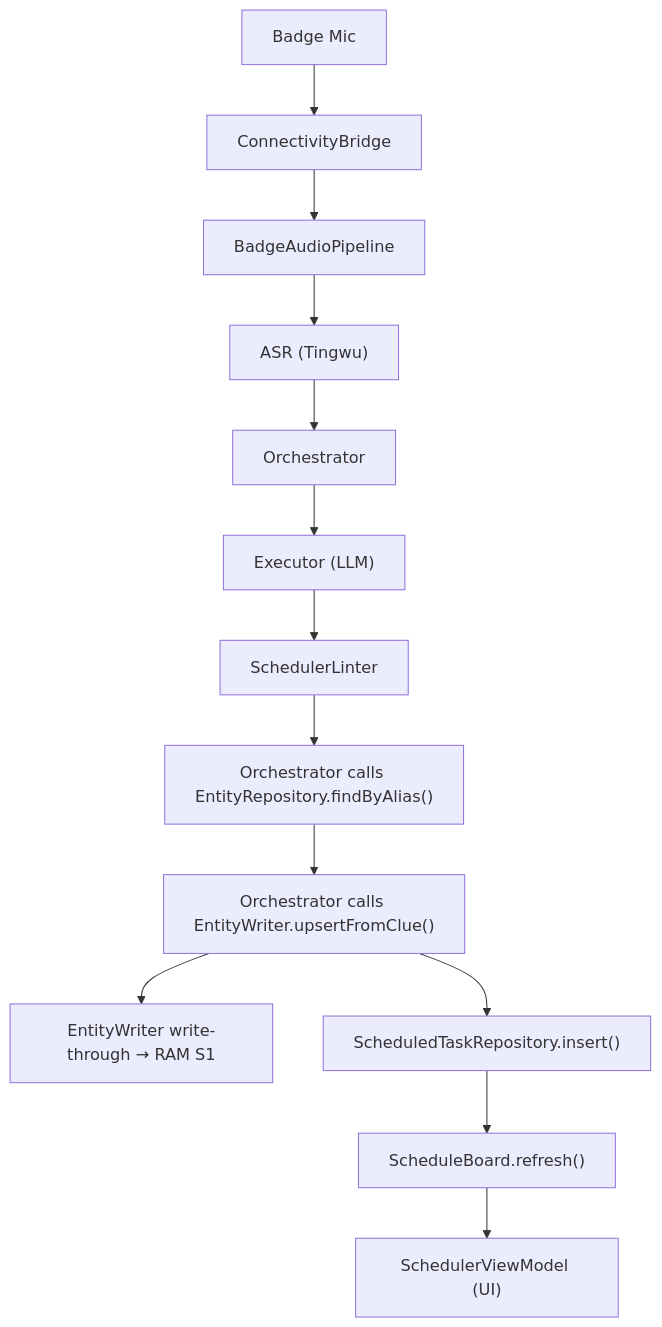
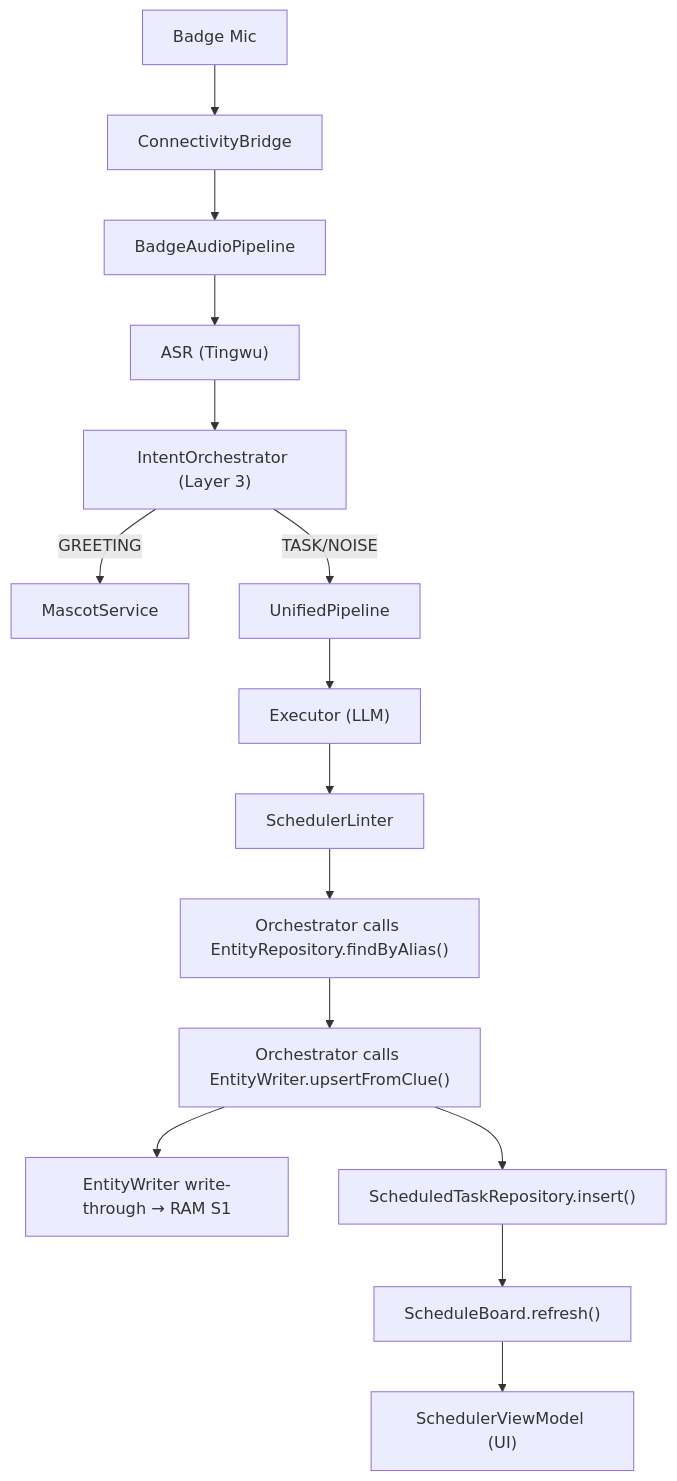
The diagram in docs/cerb/interface-map.md (esir-nus/smart-sales-main), drawn with Mermaid before and after one commit. The commit also changed other lines of this file and 9 other files, not shown here.

Commit message:
docs: sync intent orchestrator architecture and rename proposal

````diff
--- a/docs/cerb/interface-map.md
+++ b/docs/cerb/interface-map.md
@@ -115,15 +117,17 @@
 ```mermaid
 graph TD
     A["Badge Mic"] --> B["ConnectivityBridge"]
     B --> C["BadgeAudioPipeline"]
     C --> D["ASR (Tingwu)"]
-    D --> E["Orchestrator"]
-    E --> F["Executor (LLM)"]
+    D --> E["IntentOrchestrator (Layer 3)"]
+    E -->|GREETING| F1["MascotService"]
+    E -->|TASK/NOISE| E2["UnifiedPipeline"]
+    E2 --> F["Executor (LLM)"]
     F --> G["SchedulerLinter"]
     G --> H1["Orchestrator calls EntityRepository.findByAlias()"]
     H1 --> H2["Orchestrator calls EntityWriter.upsertFromClue()"]
     H2 --> H3["EntityWriter write-through → RAM S1"]
     H2 --> I["ScheduledTaskRepository.insert()"]
     I --> J["ScheduleBoard.refresh()"]
     J --> K["SchedulerViewModel (UI)"]
 ```
````
